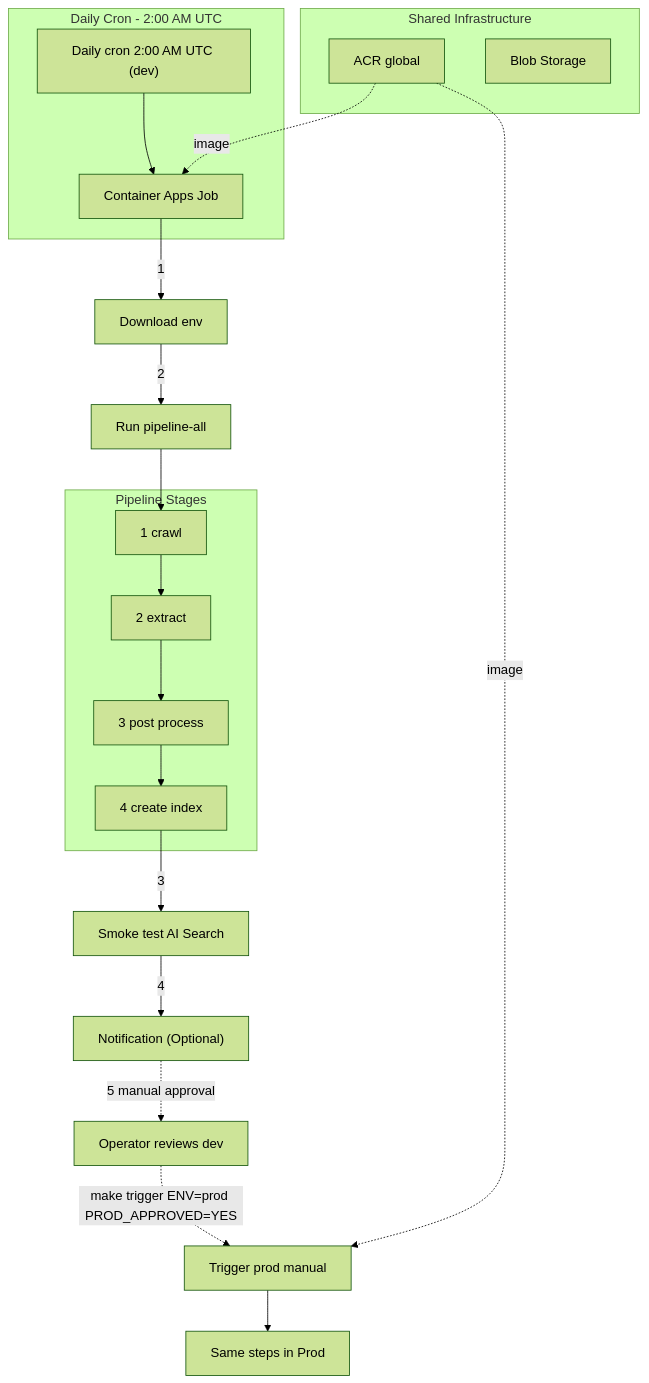
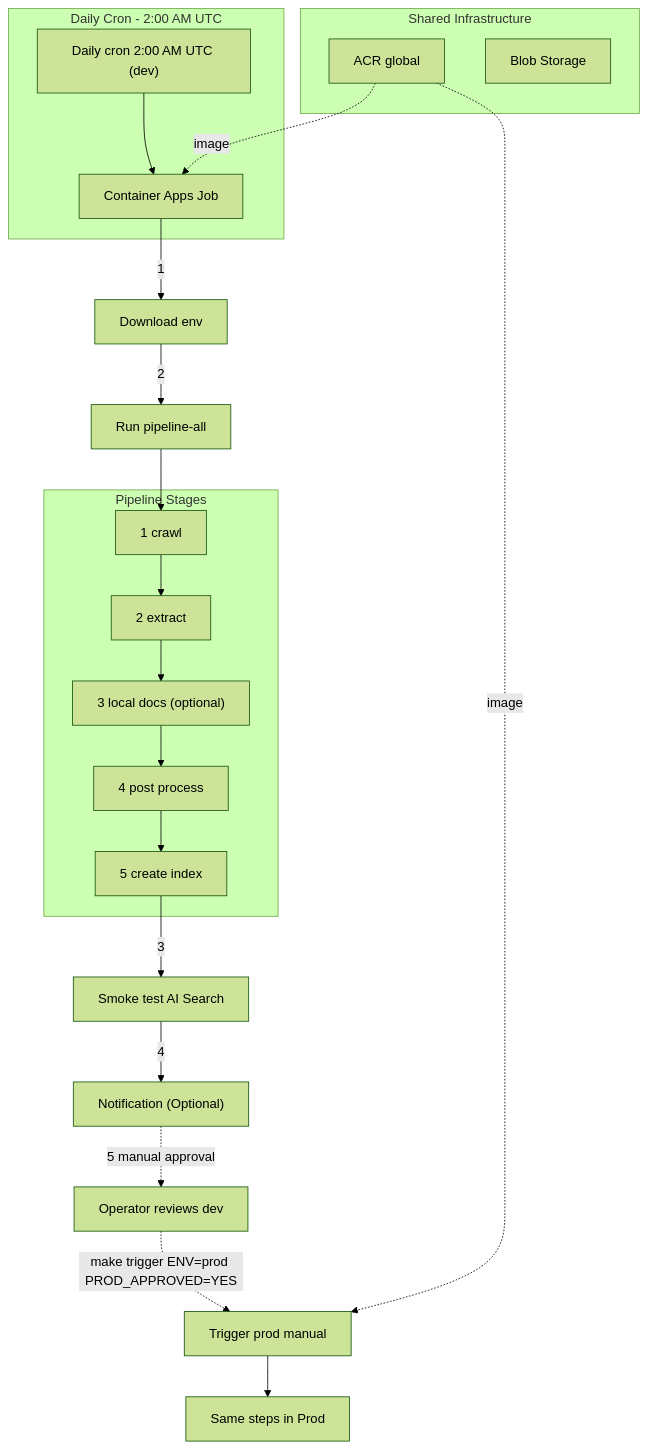
The diagram in README.MD (dsl-unibe-ch/dsl_bot_etl), drawn with Mermaid (forest theme) before and after one commit. The commit also changed other lines of this file and 9 other files, not shown here.

````diff
--- a/README.MD
+++ b/README.MD
@@ -9,34 +9,35 @@
 ```mermaid
 flowchart TD
   subgraph daily [Daily Cron - 2:00 AM UTC]
     DevTrigger["Daily cron 2:00 AM UTC (dev)"]
     DevJob["Container Apps Job"]
     DevTrigger --> DevJob
   end
 
   DevJob -->|1| Secrets["Download env"]
   Secrets -->|2| Pipeline["Run pipeline-all"]
 
   subgraph etlPipeline [Pipeline Stages]
     Crawl["1 crawl"]
     Extract["2 extract"]
-    PostProcess["3 post process"]
-    Index["4 create index"]
-    Crawl --> Extract --> PostProcess --> Index
+    LocalDocs["3 local docs (optional)"]
+    PostProcess["4 post process"]
+    Index["5 create index"]
+    Crawl --> Extract --> LocalDocs --> PostProcess --> Index
   end
 
   Pipeline --> Crawl
   Index -->|3| SmokeTest["Smoke test AI Search"]
   SmokeTest -->|4| Notify["Notification (Optional)"]
   Notify -.->|5 manual approval| Operator["Operator reviews dev"]
   Operator -.->|"make trigger ENV=prod PROD_APPROVED=YES"| ProdJob["Trigger prod manual"]
   ProdJob --> ProdPipeline["Same steps in Prod"]
 
   subgraph shared [Shared Infrastructure]
     ACR["ACR global"]
     BlobStorage["Blob Storage"]
   end
 
   ACR -.->|image| DevJob
   ACR -.->|image| ProdJob
 ```
````
